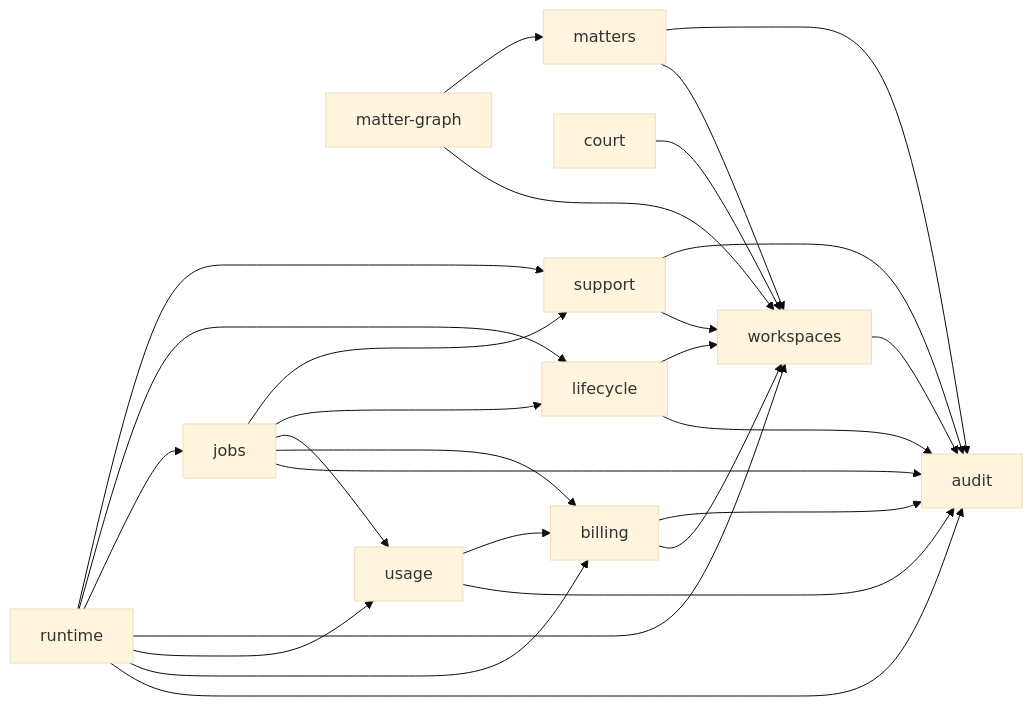
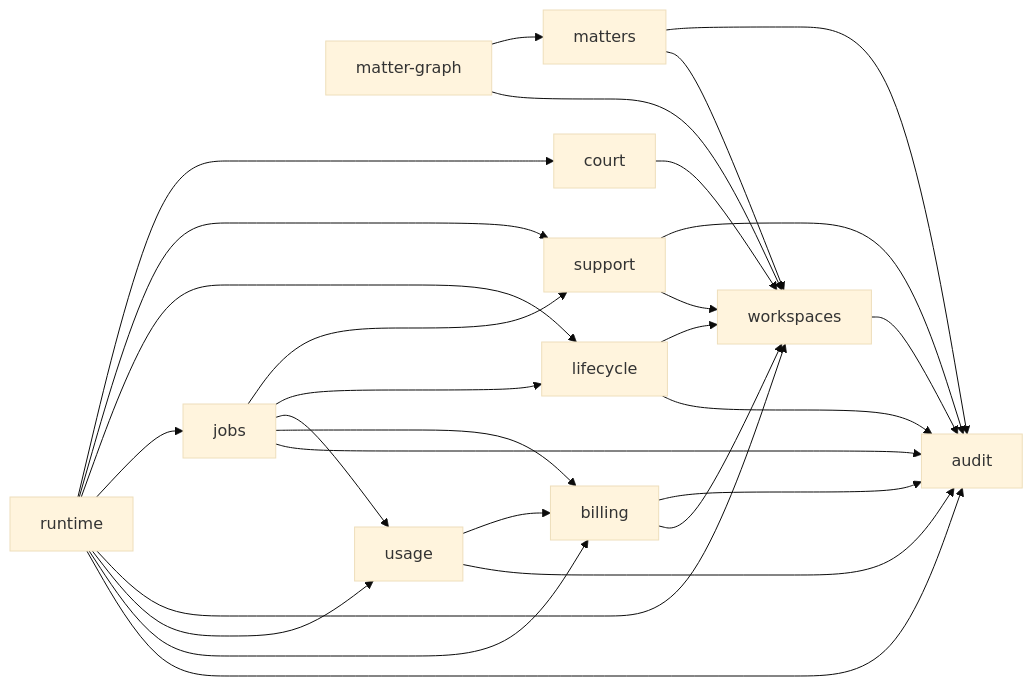
The diagram in docs/engineering/core-domains.md (RapierCraftStudios/causedeck), drawn with Mermaid (base theme) before and after one commit. The commit also changed other lines of this file and 12 other files, not shown here.

````diff
--- a/docs/engineering/core-domains.md
+++ b/docs/engineering/core-domains.md
@@ -58,29 +58,30 @@
 ```mermaid
 graph LR
   workspaces --> audit
   matters --> workspaces
   matters --> audit
   court --> workspaces
   matter-graph --> workspaces
   matter-graph --> matters
   billing --> workspaces
   billing --> audit
   usage --> audit
   usage --> billing
   lifecycle --> audit
   lifecycle --> workspaces
   support --> workspaces
   support --> audit
   jobs --> audit
   jobs --> billing
   jobs --> usage
   jobs --> lifecycle
   jobs --> support
   runtime --> audit
   runtime --> billing
   runtime --> usage
   runtime --> workspaces
   runtime --> jobs
   runtime --> lifecycle
   runtime --> support
+  runtime --> court
 ```
````
